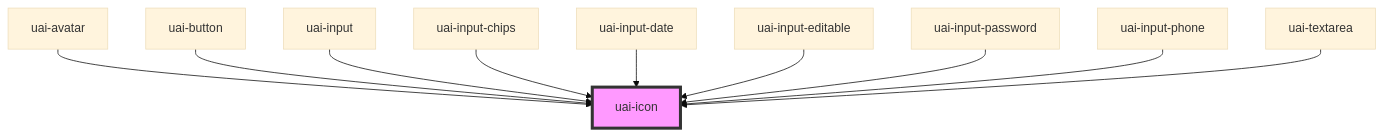
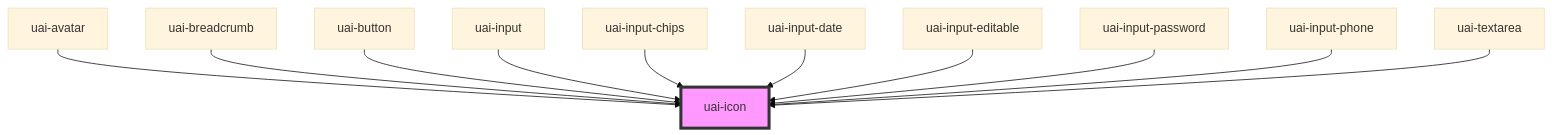
One commit to takenet/blip-ds changed the diagram in src/components/uai-icon/readme.md. Above: the diagram before and after it, drawn with Mermaid (base theme). The commit also changed other lines of this file and 34 other files, not shown here.

First line of the commit message:
feat(uai): add breadcrumb and page header

````diff
--- a/src/components/uai-icon/readme.md
+++ b/src/components/uai-icon/readme.md
@@ -54,13 +55,14 @@
 ```mermaid
 graph TD;
   uai-avatar --> uai-icon
+  uai-breadcrumb --> uai-icon
   uai-button --> uai-icon
   uai-input --> uai-icon
   uai-input-chips --> uai-icon
   uai-input-date --> uai-icon
   uai-input-editable --> uai-icon
   uai-input-password --> uai-icon
   uai-input-phone --> uai-icon
   uai-textarea --> uai-icon
   style uai-icon fill:#f9f,stroke:#333,stroke-width:4px
 ```
````
